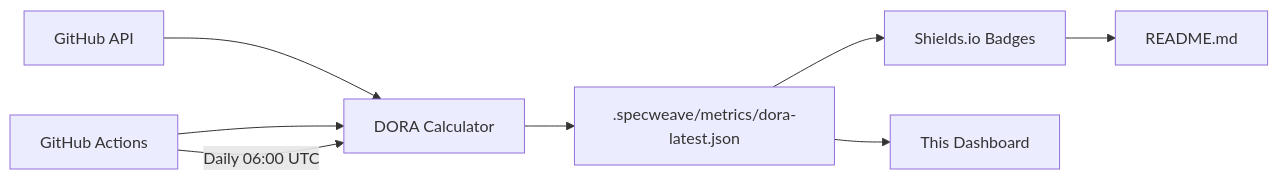
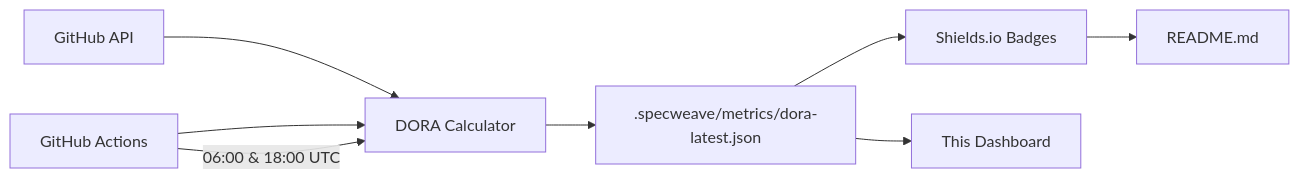
One commit to anton-abyzov/specweave changed the diagram in docs-site/docs/metrics.md. Above: the diagram before and after it, drawn with Mermaid. The commit also changed other lines of this file and 13 other files, not shown here.

````diff
--- a/docs-site/docs/metrics.md
+++ b/docs-site/docs/metrics.md
@@ -105,10 +105,10 @@
 ```mermaid
 graph LR
     A[GitHub API] --> B[DORA Calculator]
     B --> C[.specweave/metrics/dora-latest.json]
     C --> D[Shields.io Badges]
     D --> E[README.md]
     C --> F[This Dashboard]
     G[GitHub Actions] --> B
-    G -->|Daily 06:00 UTC| B
+    G -->|06:00 & 18:00 UTC| B
 ```
````
